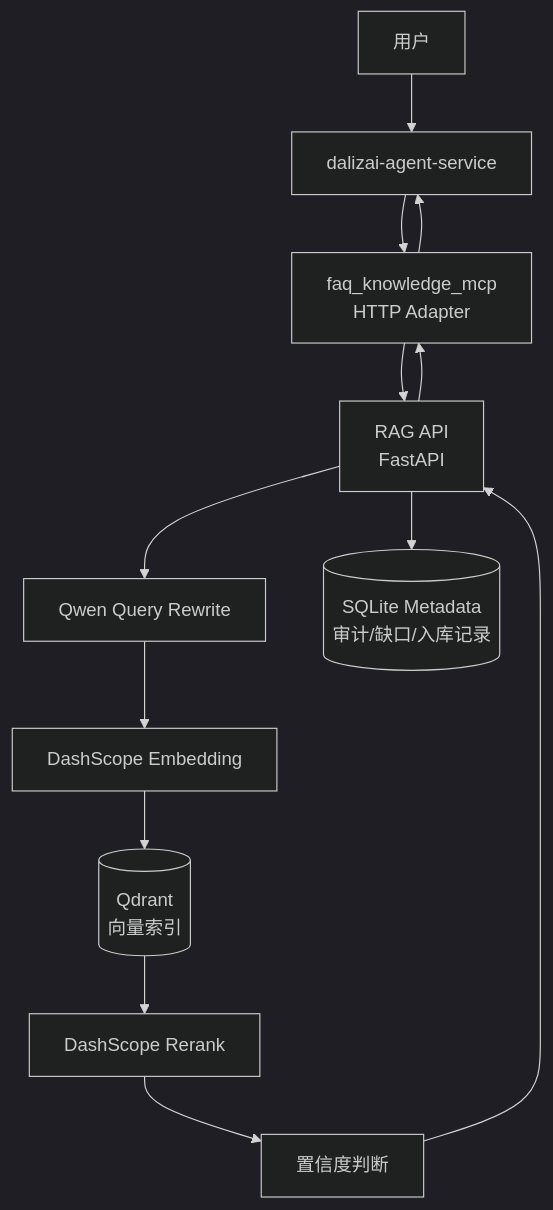
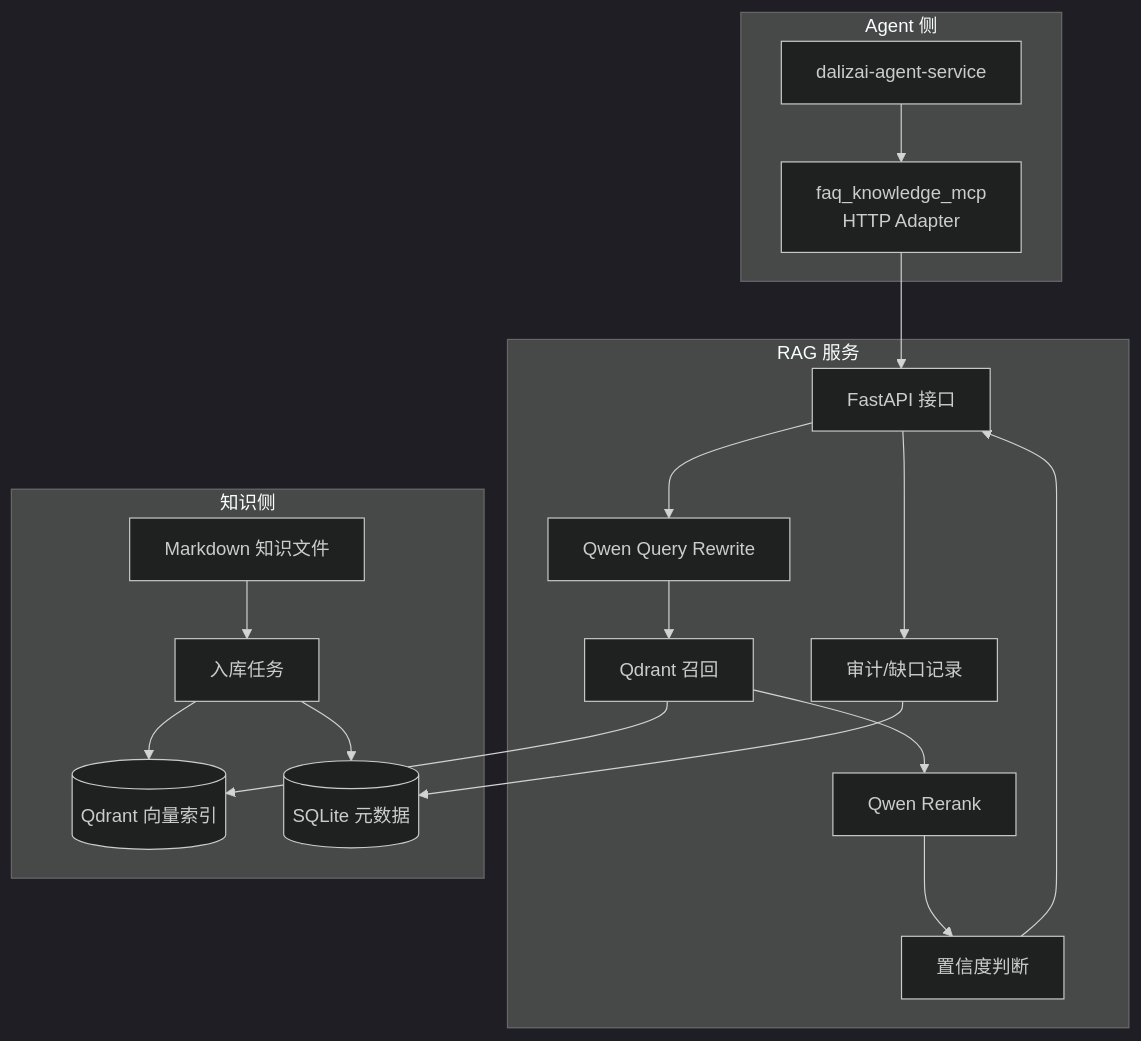
Before and after one commit to YYHRICH/dalizai-knowledge-rag-service: the fourth of 25 diagrams in docs/rag_service_design_report_v1.0.md, drawn with Mermaid (dark theme). The commit also changed other lines of this file, not shown here.

Commit message:
Refocus RAG design on knowledge governance

````diff
--- a/docs/rag_service_design_report_v1.0.md
+++ b/docs/rag_service_design_report_v1.0.md
@@ -142,17 +93,30 @@
 ```mermaid
 flowchart TB
-    User[用户] --> Agent[dalizai-agent-service]
-    Agent --> Adapter[faq_knowledge_mcp<br/>HTTP Adapter]
-    Adapter --> API[RAG API<br/>FastAPI]
+    subgraph AgentSide[Agent 侧]
+        Agent[dalizai-agent-service]
+        MCP[faq_knowledge_mcp<br/>HTTP Adapter]
+    end
 
-    API --> Rewrite[Qwen Query Rewrite]
-    Rewrite --> Embed[DashScope Embedding]
-    Embed --> Qdrant[(Qdrant<br/>向量索引)]
-    Qdrant --> Rerank[DashScope Rerank]
-    Rerank --> Judge[置信度判断]
-    Judge --> API
+    subgraph RagSide[RAG 服务]
+        API[FastAPI 接口]
+        Rewrite[Qwen Query Rewrite]
+        Retrieve[Qdrant 召回]
+        Rerank[Qwen Rerank]
+        Judge[置信度判断]
+        Audit[审计/缺口记录]
+    end
 
-    API --> Audit[(SQLite Metadata<br/>审计/缺口/入库记录)]
-    API --> Adapter
-    Adapter --> Agent
+    subgraph KnowledgeSide[知识侧]
+        MD[Markdown 知识文件]
+        Ingest[入库任务]
+        Q[(Qdrant 向量索引)]
+        DB[(SQLite 元数据)]
+    end
+
+    Agent --> MCP --> API
+    API --> Rewrite --> Retrieve --> Rerank --> Judge --> API
+    Retrieve --> Q
+    API --> Audit --> DB
+    MD --> Ingest --> Q
+    Ingest --> DB
 ```
````
